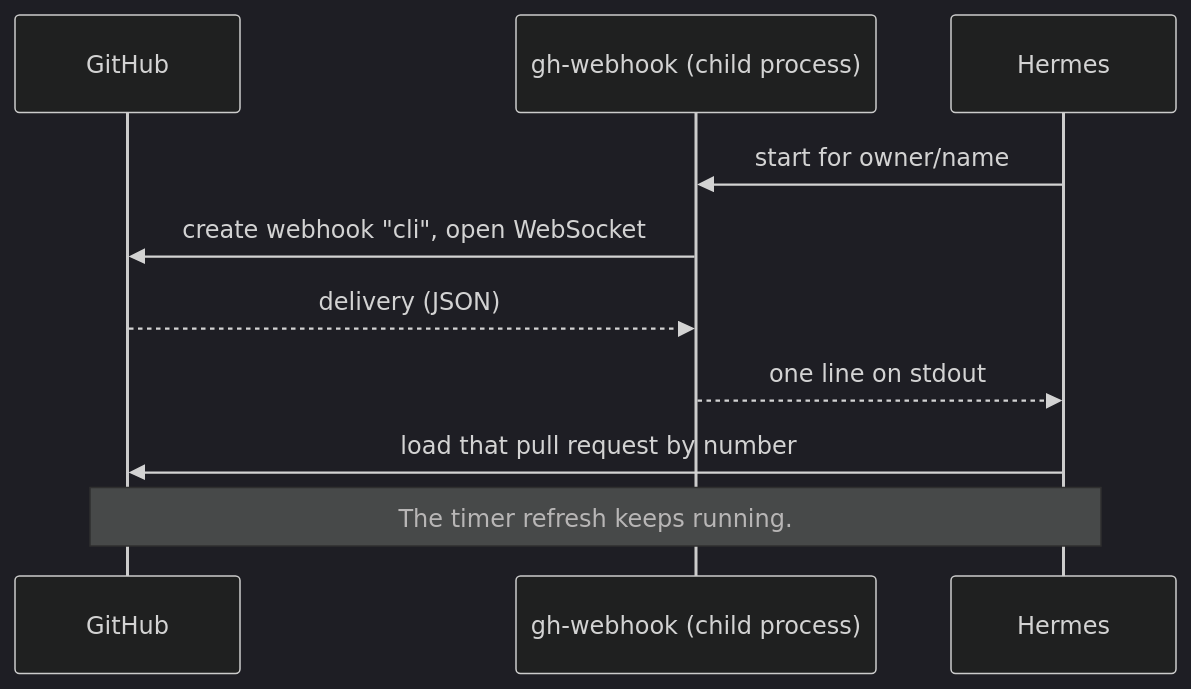
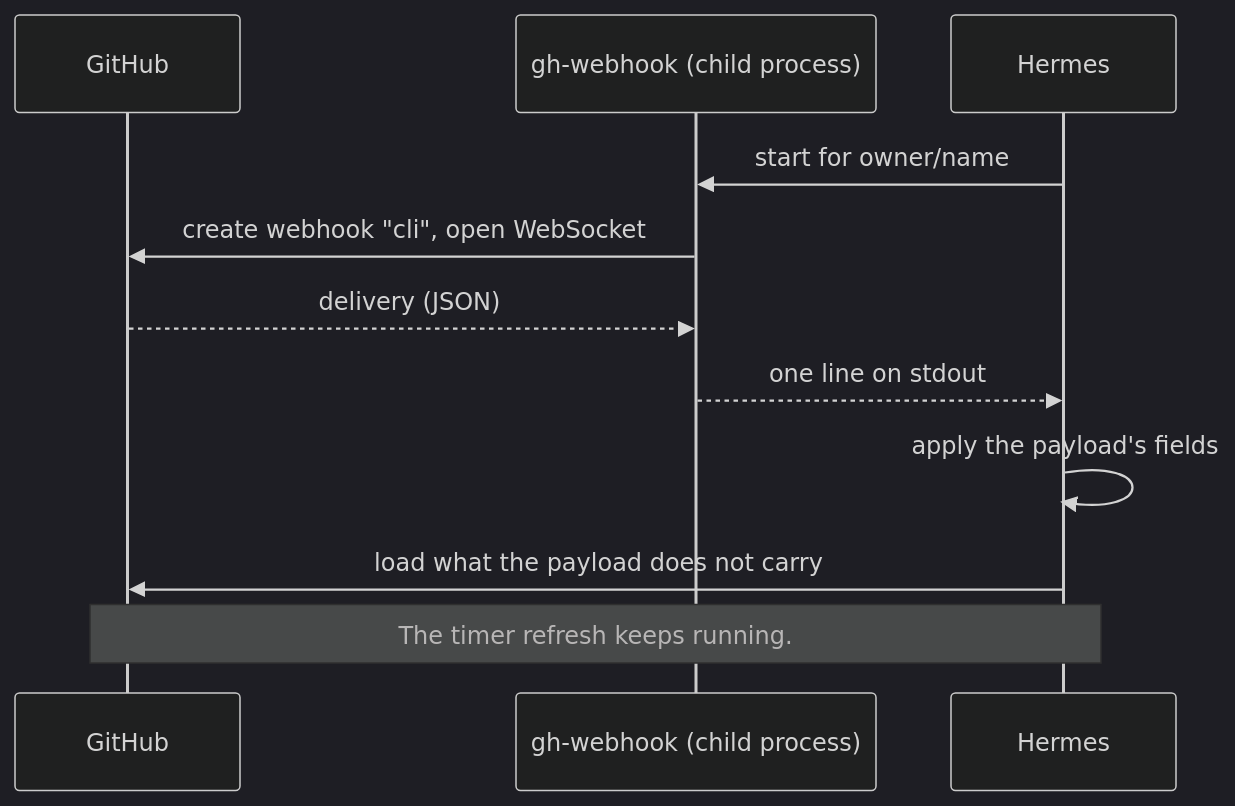
Before and after one commit to bojanrajkovic/hermes: the diagram in plans/webhooks.md, drawn with Mermaid (dark theme). The commit also changed other lines of this file and 16 other files, not shown here.

````diff
--- a/plans/webhooks.md
+++ b/plans/webhooks.md
@@ -10,12 +11,13 @@
 ```mermaid
 sequenceDiagram
     participant GH as GitHub
     participant F as gh-webhook (child process)
     participant H as Hermes
     H->>F: start for owner/name
     F->>GH: create webhook "cli", open WebSocket
     GH-->>F: delivery (JSON)
     F-->>H: one line on stdout
-    H->>GH: load that pull request by number
+    H->>H: apply the payload's fields
+    H->>GH: load what the payload does not carry
     Note over H,GH: The timer refresh keeps running.
 ```
````
